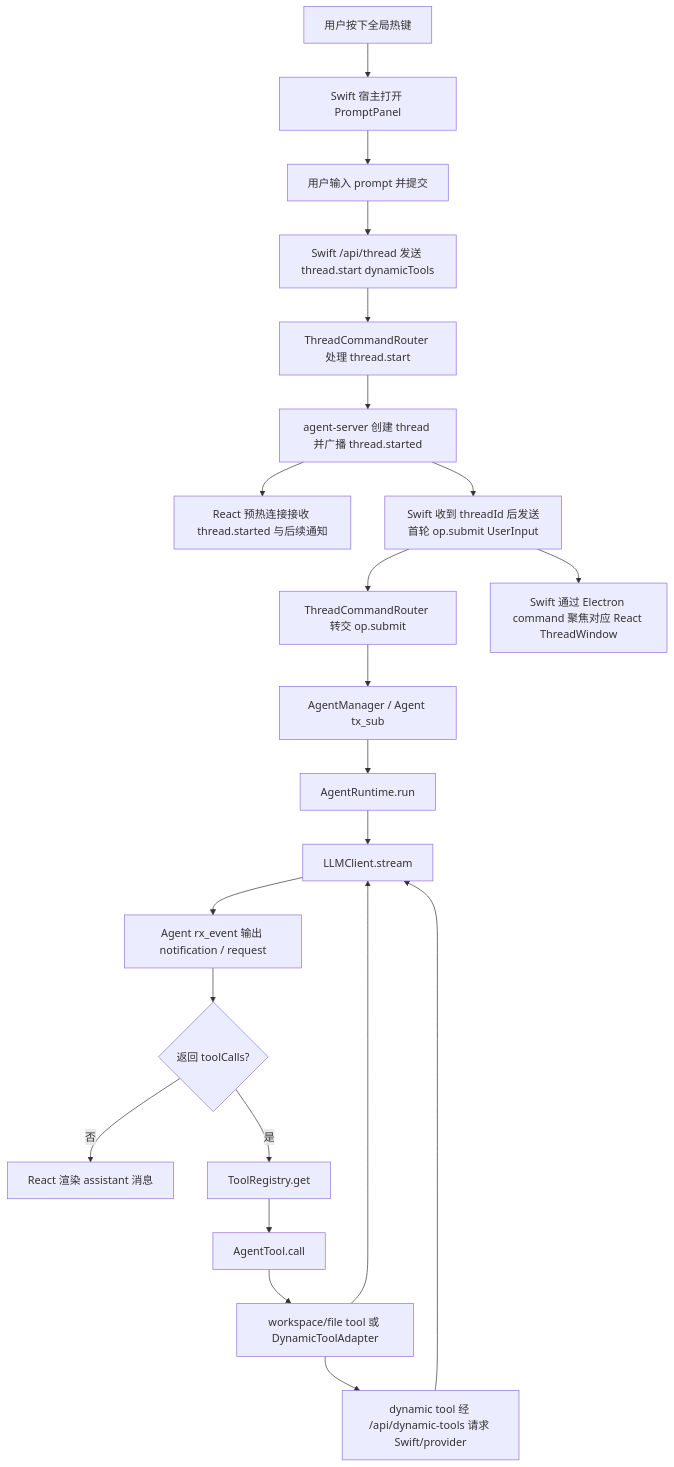
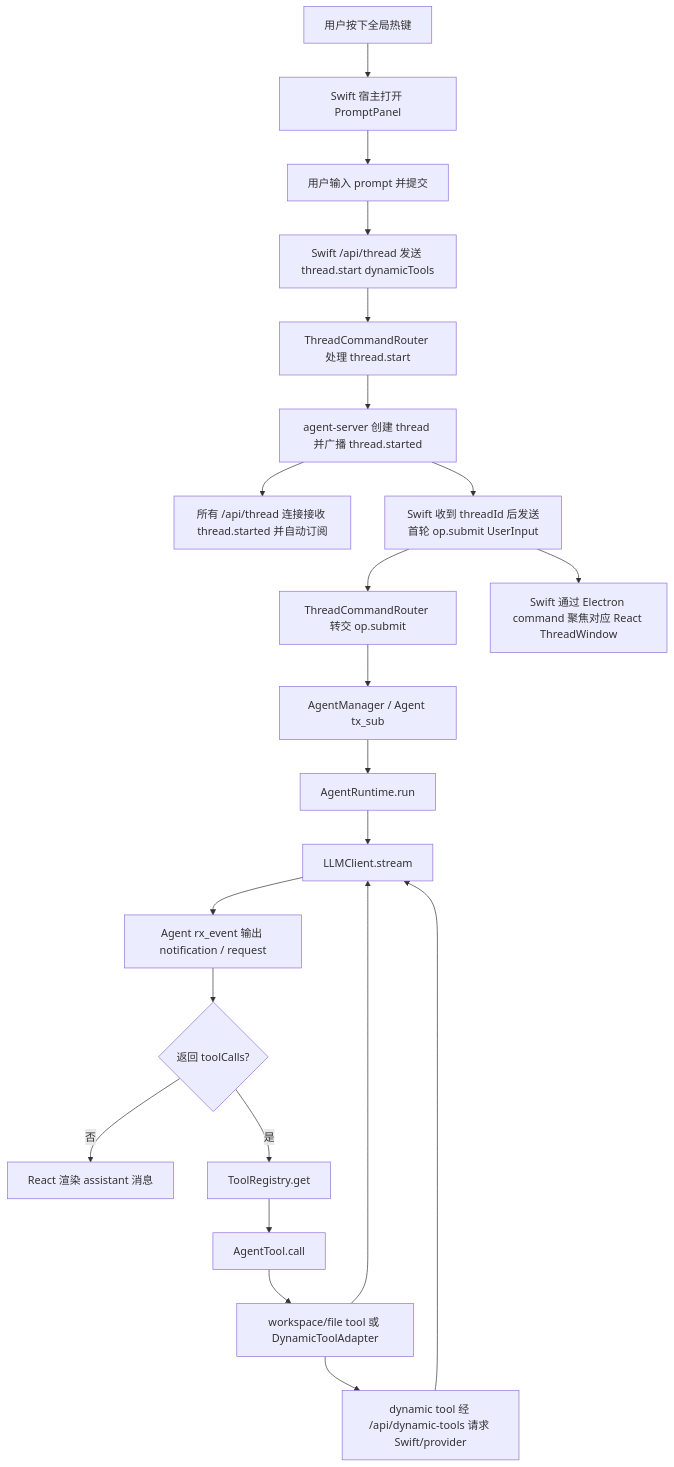
The second of 2 diagrams in handAgent.md (Lixuhang987/Wisp-Pocket), drawn with Mermaid before and after one commit. The commit also changed other lines of this file and 17 other files, not shown here.

Commit message:
Broadcast thread started to thread connections

````diff
--- a/handAgent.md
+++ b/handAgent.md
@@ -31,24 +31,24 @@
 ```mermaid
 flowchart TD
   A[用户按下全局热键] --> B[Swift 宿主打开 PromptPanel]
   B --> C[用户输入 prompt 并提交]
   C --> D[Swift /api/thread 发送 thread.start dynamicTools]
   D --> RStart[ThreadCommandRouter 处理 thread.start]
   RStart --> E[agent-server 创建 thread 并广播 thread.started]
-  E --> H[React 预热连接接收 thread.started 与后续通知]
+  E --> H[所有 /api/thread 连接接收 thread.started 并自动订阅]
   E --> F[Swift 收到 threadId 后发送首轮 op.submit UserInput]
   F --> RRun[ThreadCommandRouter 转交 op.submit]
   F --> G[Swift 通过 Electron command 聚焦对应 React ThreadWindow]
   RRun --> Agt[AgentManager / Agent tx_sub]
   Agt --> I[AgentRuntime.run]
   I --> J[LLMClient.stream]
   J --> K[Agent rx_event 输出 notification / request]
   K --> L{返回 toolCalls?}
   L -- 否 --> M[React 渲染 assistant 消息]
   L -- 是 --> N[ToolRegistry.get]
   N --> O[AgentTool.call]
   O --> P[workspace/file tool 或 DynamicToolAdapter]
   P --> J
   P --> Q[dynamic tool 经 /api/dynamic-tools 请求 Swift/provider]
   Q --> J
 ```
````
